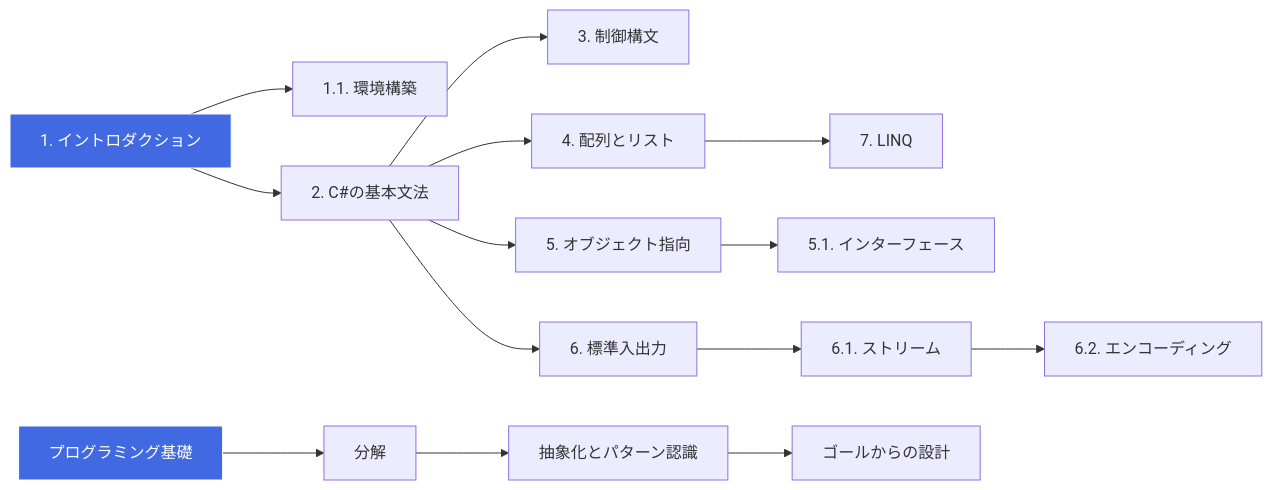
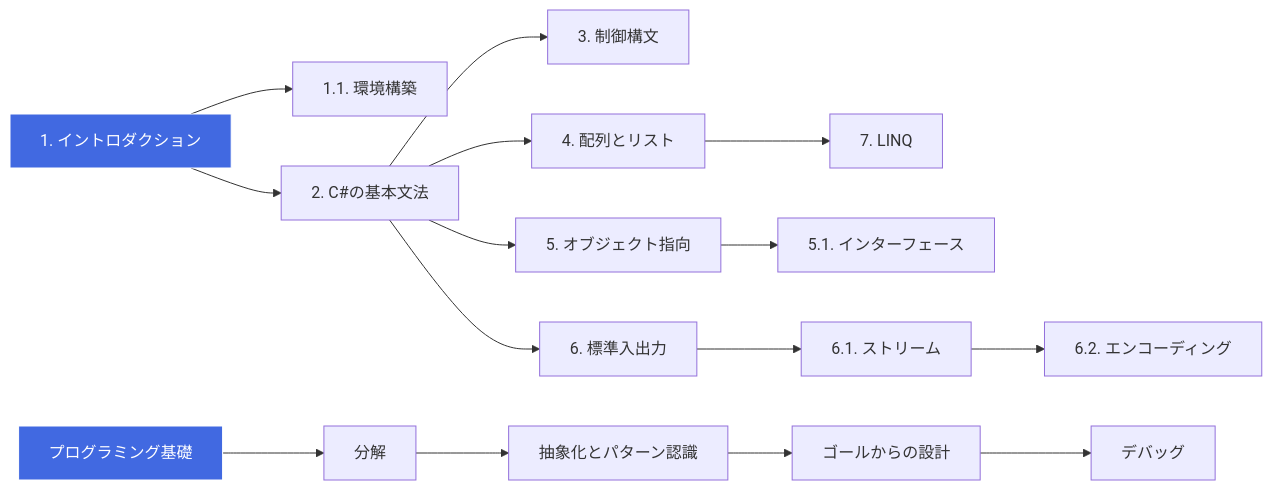
The diagram in README.md (h0r1-m/csharp_zoro_to_hero), drawn with Mermaid before and after one commit. The commit also changed other lines of this file and 1 other file, not shown here.

Commit message:
デバッグについて

````diff
--- a/README.md
+++ b/README.md
@@ -16,18 +16,19 @@
 ```mermaid
 flowchart LR
   S1[1. イントロダクション] --> S11[1.1. 環境構築]
   S1 --> S2[2. C#の基本文法]
   S2 --> S3[3. 制御構文]
   S2 --> S4[4. 配列とリスト]
   S4 --> S7[7. LINQ]
   S2 --> S5[5. オブジェクト指向]
   S5 --> S51[5.1. インターフェース]
   S2 --> S6[6. 標準入出力]
   S6 --> S61[6.1. ストリーム]
   S61 --> S62[6.2. エンコーディング]
   P0[プログラミング基礎] --> P1[分解]
   P1 --> P2[抽象化とパターン認識]
   P2 --> P3[ゴールからの設計]
+  P3 --> P4[デバッグ]
   style S1 fill:#4169e1,stroke:#fff,color:#fff
   style P0 fill:#4169e1,stroke:#fff,color:#fff
 ```
````
